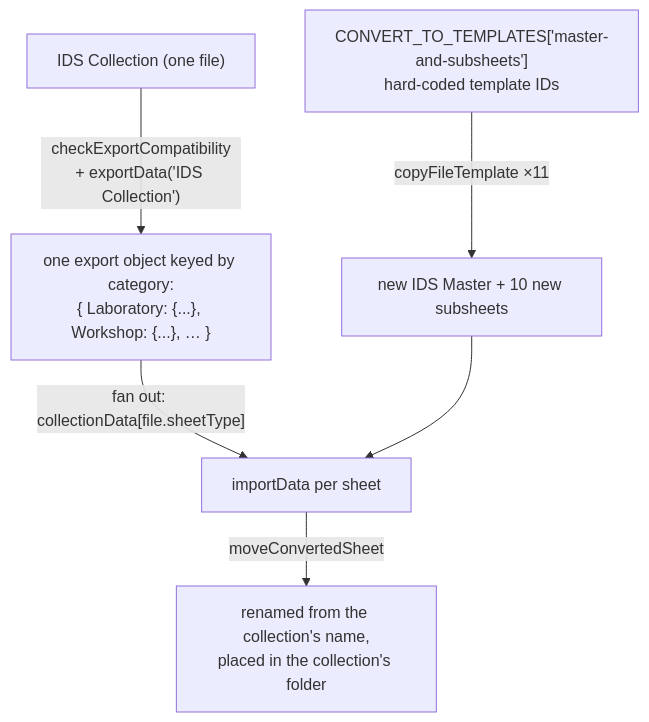
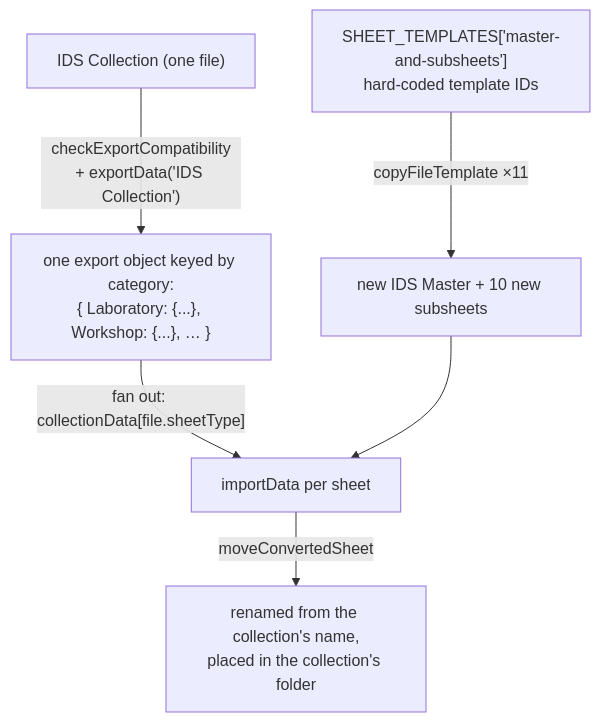
One commit to Bisse123/The-Tower-App-Script changed the seventh of 10 diagrams in documentation/03-workflow-update-sheets.md. Above: the diagram before and after it, drawn with Mermaid. The commit also changed other lines of this file and 22 other files, not shown here.

````diff
--- a/documentation/03-workflow-update-sheets.md
+++ b/documentation/03-workflow-update-sheets.md
@@ -280,8 +280,8 @@
 ```mermaid
 flowchart TB
     A["IDS Collection (one file)"] -->|"checkExportCompatibility<br/>+ exportData('IDS Collection')"| B["one export object keyed by category:<br/>{ Laboratory: {...}, Workshop: {...}, … }"]
-    C["CONVERT_TO_TEMPLATES['master-and-subsheets']<br/>hard-coded template IDs"] -->|"copyFileTemplate ×11"| D["new IDS Master + 10 new subsheets"]
+    C["SHEET_TEMPLATES['master-and-subsheets']<br/>hard-coded template IDs"] -->|"copyFileTemplate ×11"| D["new IDS Master + 10 new subsheets"]
     B -->|"fan out: collectionData[file.sheetType]"| E["importData per sheet"]
     D --> E
     E -->|"moveConvertedSheet"| F["renamed from the collection's name,<br/>placed in the collection's folder"]
 ```
````
